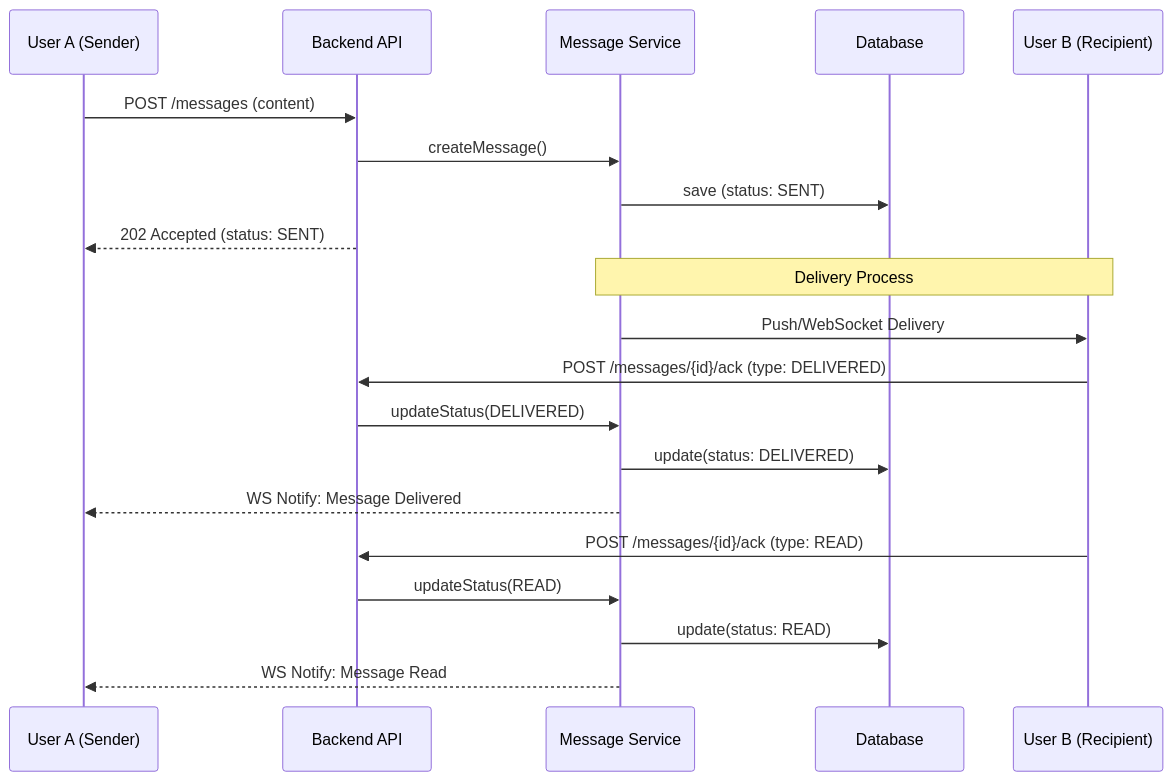
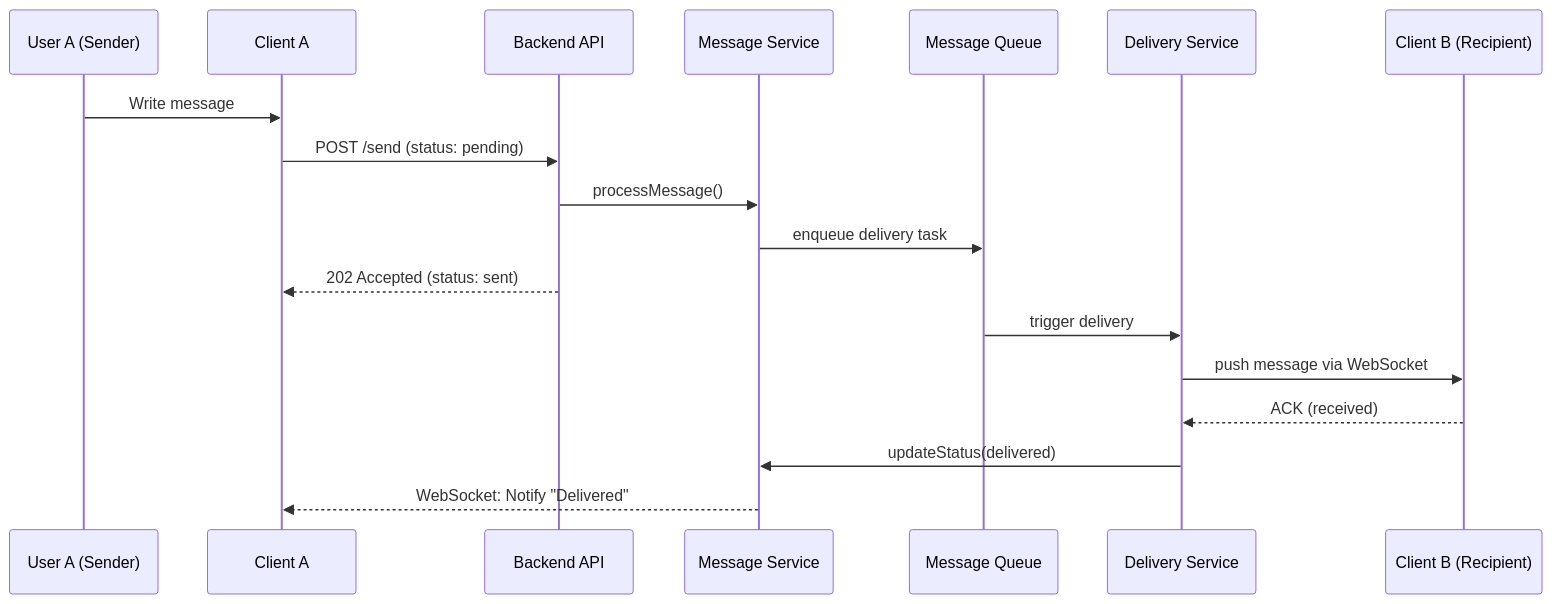
The second of 3 diagrams in README.md (artembaranovsky1/Software-Design-and-Documentation_lab-1.1), drawn with Mermaid before and after one commit. The commit also changed other lines of this file, not shown here.

````diff
--- a/README.md
+++ b/README.md
@@ -15,25 +15,22 @@
 ```mermaid
 sequenceDiagram
-    participant A as User A (Sender)
+    participant UA as User A (Sender)
+    participant C as Client A
     participant API as Backend API
-    participant Msg as Message Service
-    participant DB as Database
-    participant B as User B (Recipient)
+    participant MS as Message Service
+    participant Q as Message Queue
+    participant DS as Delivery Service
+    participant CB as Client B (Recipient)
 
-    A->>API: POST /messages (content)
-    API->>Msg: createMessage()
-    Msg->>DB: save (status: SENT)
-    API-->>A: 202 Accepted (status: SENT)
-
-    Note over Msg, B: Delivery Process
-    Msg->>B: Push/WebSocket Delivery
-    B->>API: POST /messages/{id}/ack (type: DELIVERED)
-    API->>Msg: updateStatus(DELIVERED)
-    Msg->>DB: update(status: DELIVERED)
-    Msg-->>A: WS Notify: Message Delivered
-
-    B->>API: POST /messages/{id}/ack (type: READ)
-    API->>Msg: updateStatus(READ)
-    Msg->>DB: update(status: READ)
-    Msg-->>A: WS Notify: Message Read
+    UA->>C: Write message
+    C->>API: POST /send (status: pending)
+    API->>MS: processMessage()
+    MS->>Q: enqueue delivery task
+    API-->>C: 202 Accepted (status: sent)
+    
+    Q->>DS: trigger delivery
+    DS->>CB: push message via WebSocket
+    CB-->>DS: ACK (received)
+    DS->>MS: updateStatus(delivered)
+    MS-->>C: WebSocket: Notify "Delivered"
 ```
````
